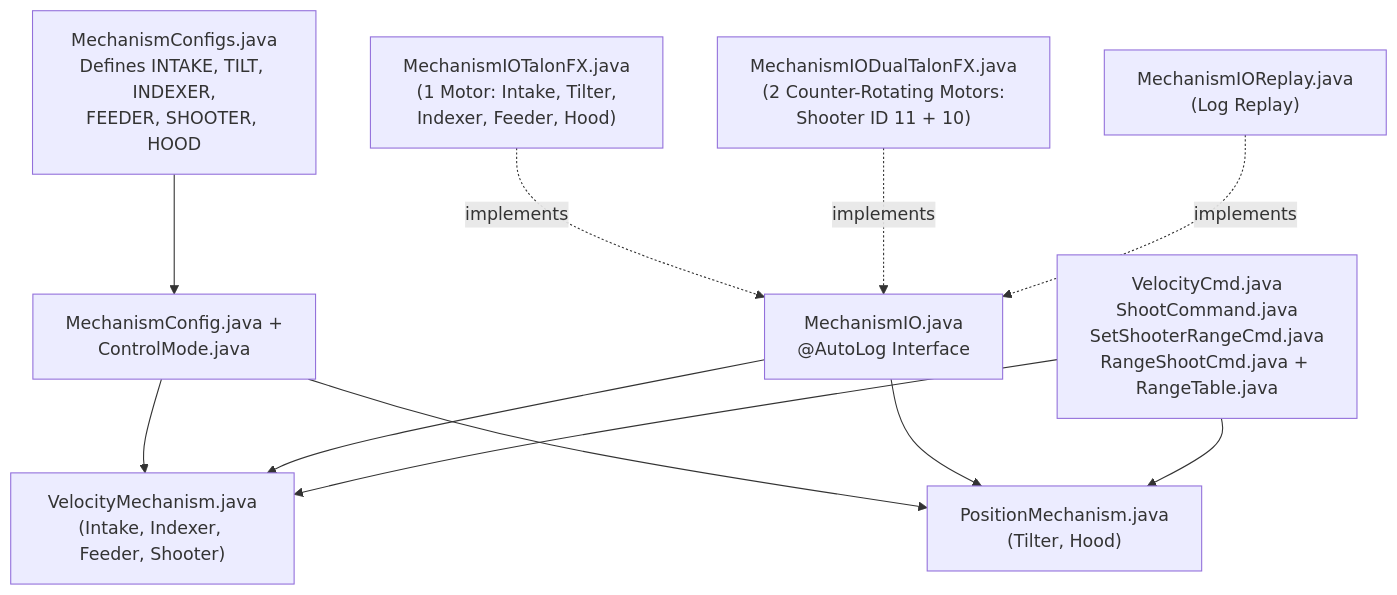
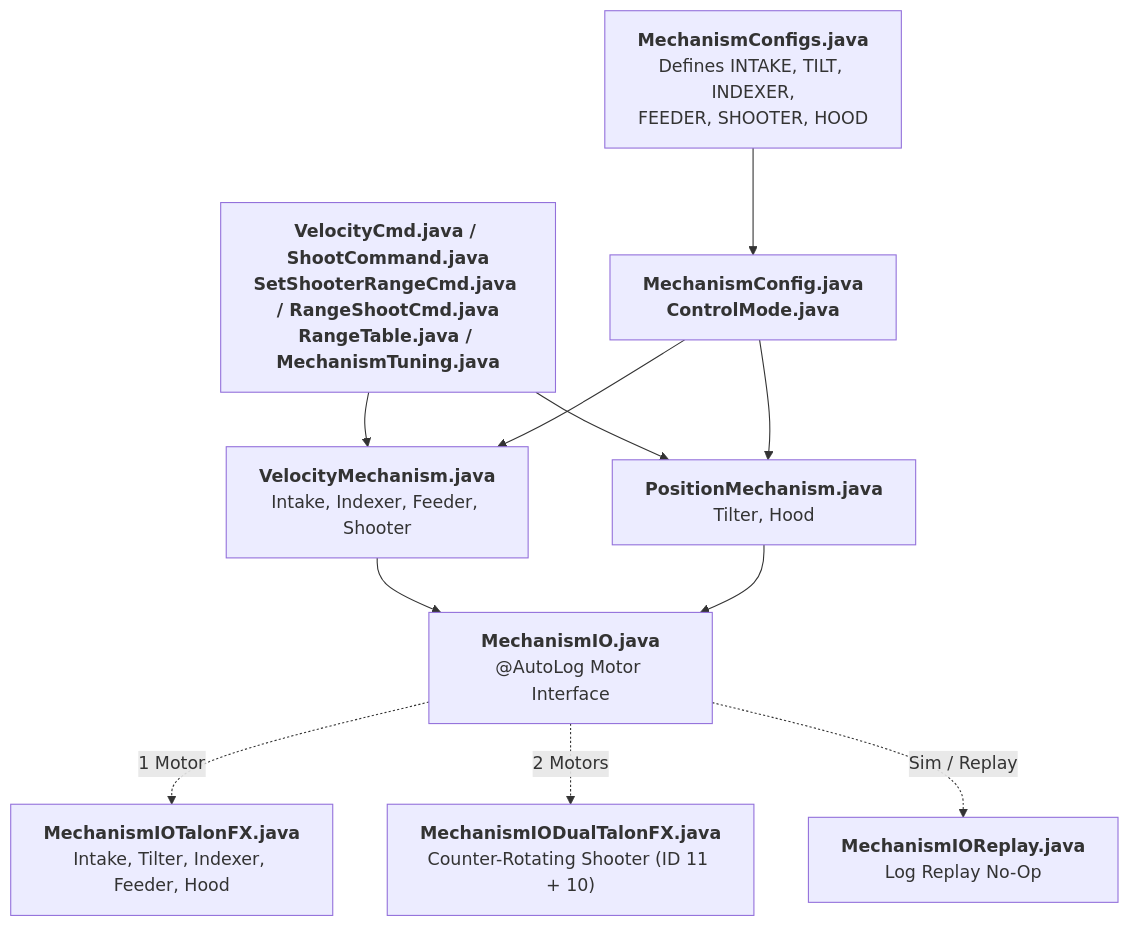
One commit to FRC-Flux-Robotics/FRC-Flux-Robotics.github.io changed the diagram in docs/classes/mechanisms.md. Above: the diagram before and after it, drawn with Mermaid. The commit also changed 6 other files, not shown here.

Commit message:
Fix Mermaid diagram readability: vertical 3-column layout, <br/> line breaks, and wider container

````diff
--- a/docs/classes/mechanisms.md
+++ b/docs/classes/mechanisms.md
@@ -5,11 +5,11 @@
 ```mermaid
 flowchart TB
-    MCfgs["MechanismConfigs.java\nDefines INTAKE, TILT, INDEXER,\nFEEDER, SHOOTER, HOOD"] --> MBuilder["MechanismConfig.java +\nControlMode.java"]
-    MBuilder --> VMech["VelocityMechanism.java\n(Intake, Indexer, Feeder, Shooter)"]
-    MBuilder --> PMech["PositionMechanism.java\n(Tilter, Hood)"]
-    MIO["MechanismIO.java\n@AutoLog Interface"] --> VMech & PMech
-    MIOT["MechanismIOTalonFX.java\n(1 Motor: Intake, Tilter,\nIndexer, Feeder, Hood)"] -.->|implements| MIO
-    MIOD["MechanismIODualTalonFX.java\n(2 Counter-Rotating Motors:\nShooter ID 11 + 10)"] -.->|implements| MIO
-    MIOR["MechanismIOReplay.java\n(Log Replay)"] -.->|implements| MIO
-    Cmds["VelocityCmd.java\nShootCommand.java\nSetShooterRangeCmd.java\nRangeShootCmd.java + RangeTable.java"] --> VMech & PMech
+    MCfgs["<b>MechanismConfigs.java</b><br/>Defines INTAKE, TILT, INDEXER,<br/>FEEDER, SHOOTER, HOOD"] --> MBuilder["<b>MechanismConfig.java</b><br/><b>ControlMode.java</b>"]
+    Cmds["<b>VelocityCmd.java / ShootCommand.java</b><br/><b>SetShooterRangeCmd.java / RangeShootCmd.java</b><br/><b>RangeTable.java / MechanismTuning.java</b>"] --> VMech & PMech
+    MBuilder --> VMech["<b>VelocityMechanism.java</b><br/>Intake, Indexer, Feeder, Shooter"]
+    MBuilder --> PMech["<b>PositionMechanism.java</b><br/>Tilter, Hood"]
+    VMech & PMech --> MIO["<b>MechanismIO.java</b><br/>@AutoLog Motor Interface"]
+    MIO -.->|1 Motor| MIOT["<b>MechanismIOTalonFX.java</b><br/>Intake, Tilter, Indexer, Feeder, Hood"]
+    MIO -.->|2 Motors| MIOD["<b>MechanismIODualTalonFX.java</b><br/>Counter-Rotating Shooter (ID 11 + 10)"]
+    MIO -.->|Sim / Replay| MIOR["<b>MechanismIOReplay.java</b><br/>Log Replay No-Op"]
 ```
````
